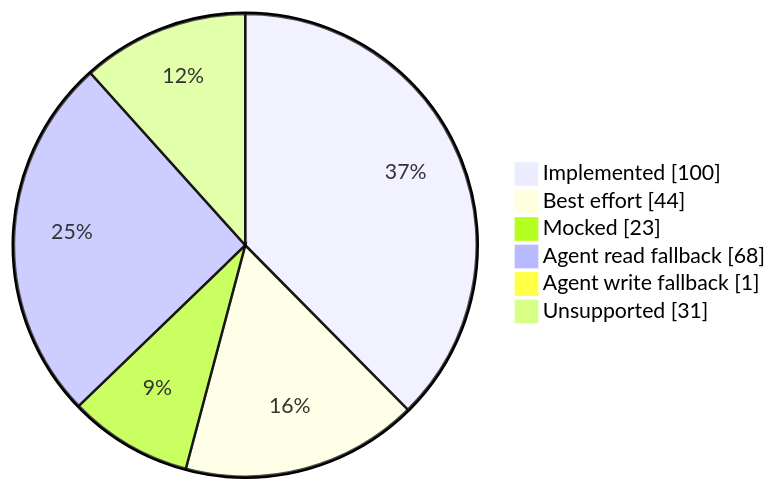
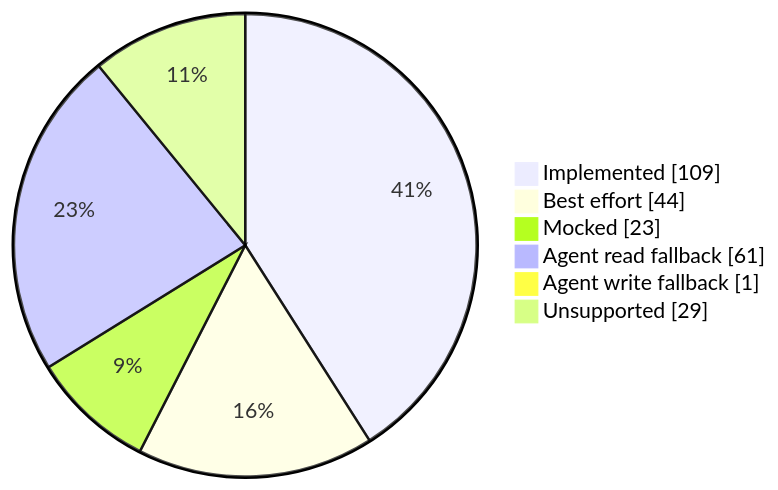
The second of 4 diagrams in docs/api-coverage.md (qzg/opensearch-lite), drawn with Mermaid before and after one commit. The commit also changed other lines of this file and 12 other files, not shown here.

````diff
--- a/docs/api-coverage.md
+++ b/docs/api-coverage.md
@@ -32,9 +32,9 @@
 ```mermaid
 pie showData
-  "Implemented" : 100
+  "Implemented" : 109
   "Best effort" : 44
   "Mocked" : 23
-  "Agent read fallback" : 68
+  "Agent read fallback" : 61
   "Agent write fallback" : 1
-  "Unsupported" : 31
+  "Unsupported" : 29
 ```
````
